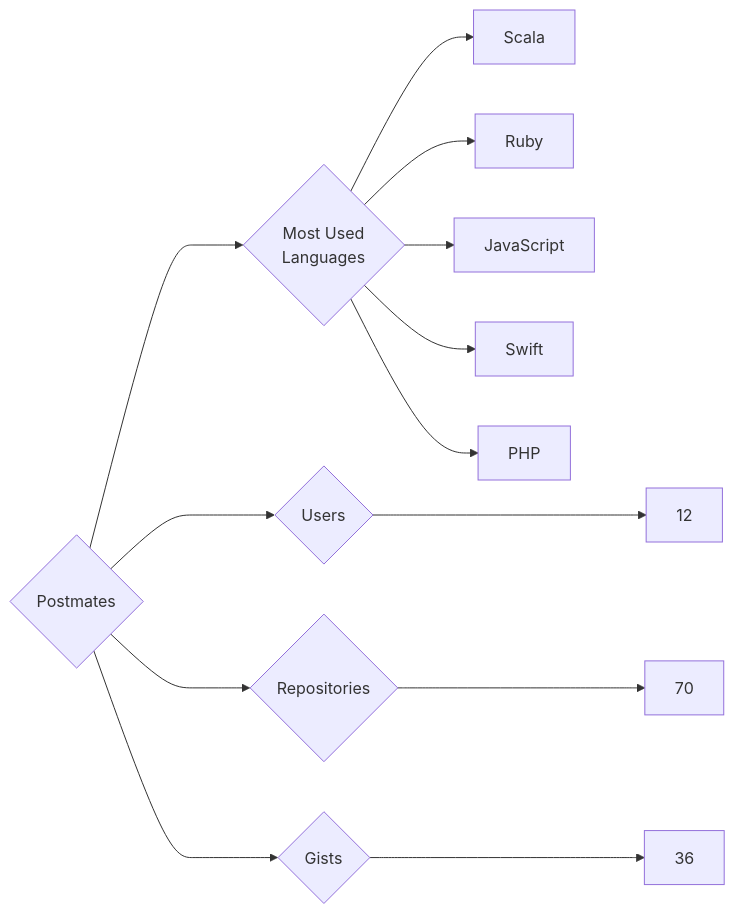
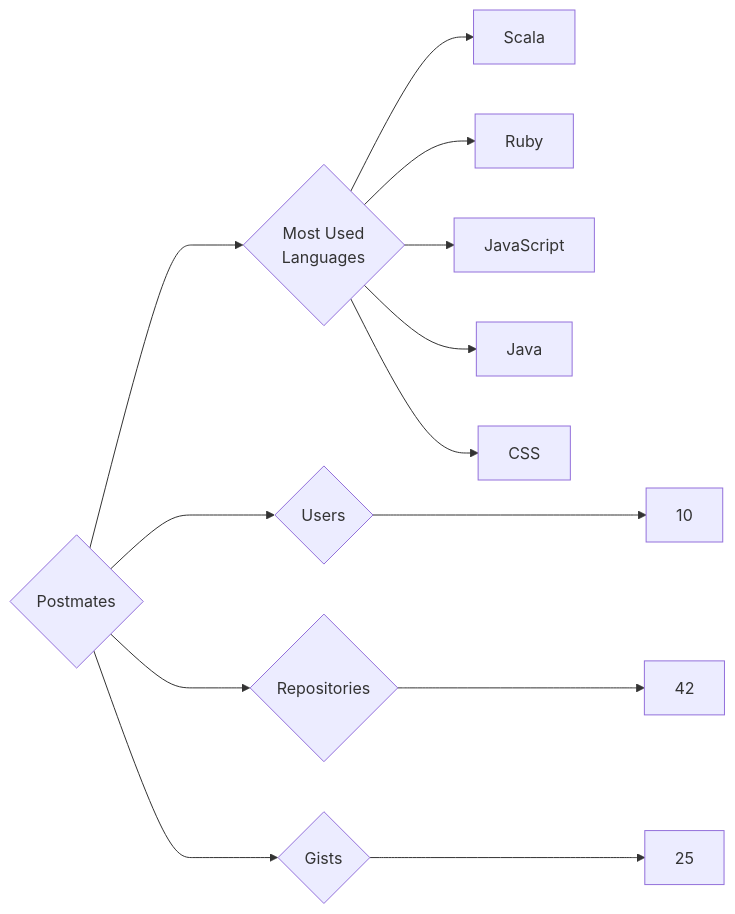
Before and after one commit to trickest/insiders: the diagram in targets/Postmates/README.md, drawn with Mermaid. The commit also changed 972 other files, not shown here.

````diff
--- a/targets/Postmates/README.md
+++ b/targets/Postmates/README.md
@@ -3,13 +3,13 @@
 ```mermaid
 graph LR
 COMPANY_NAME{Postmates}
-COMPANY_NAME ---> U{Users} ---> UN[12]
-COMPANY_NAME ---> R{Repositories} ---> RN[70]
-COMPANY_NAME ---> G{Gists} ---> GN[36]
+COMPANY_NAME ---> U{Users} ---> UN[10]
+COMPANY_NAME ---> R{Repositories} ---> RN[42]
+COMPANY_NAME ---> G{Gists} ---> GN[25]
 COMPANY_NAME ---> ML{Most Used<br>Languages}
 ML --> Scala[Scala]
 ML --> Ruby[Ruby]
 ML --> JavaScript[JavaScript]
-ML --> Swift[Swift]
-ML --> PHP[PHP]
+ML --> Java[Java]
+ML --> CSS[CSS]
 ```
````
